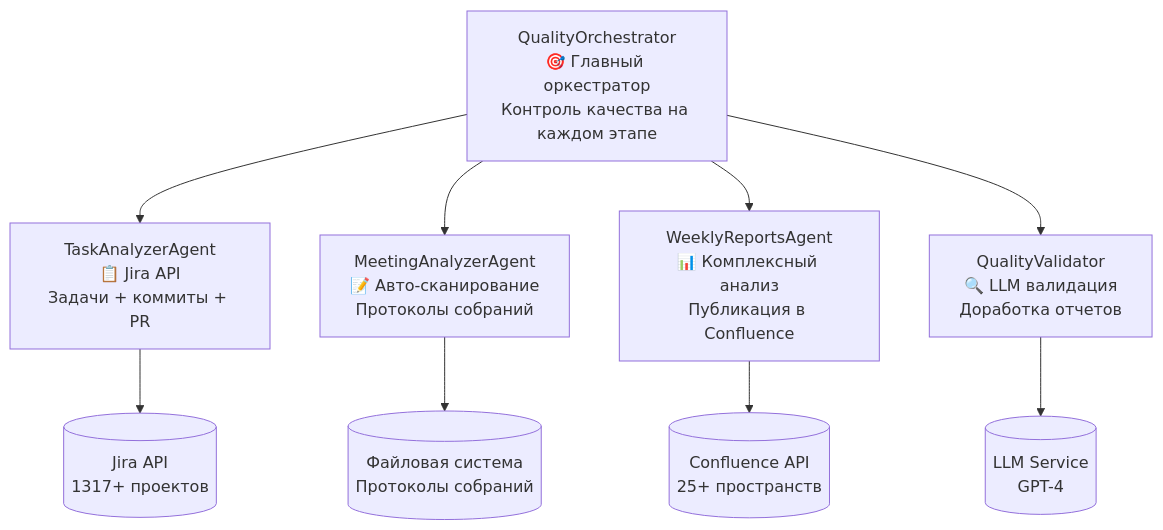
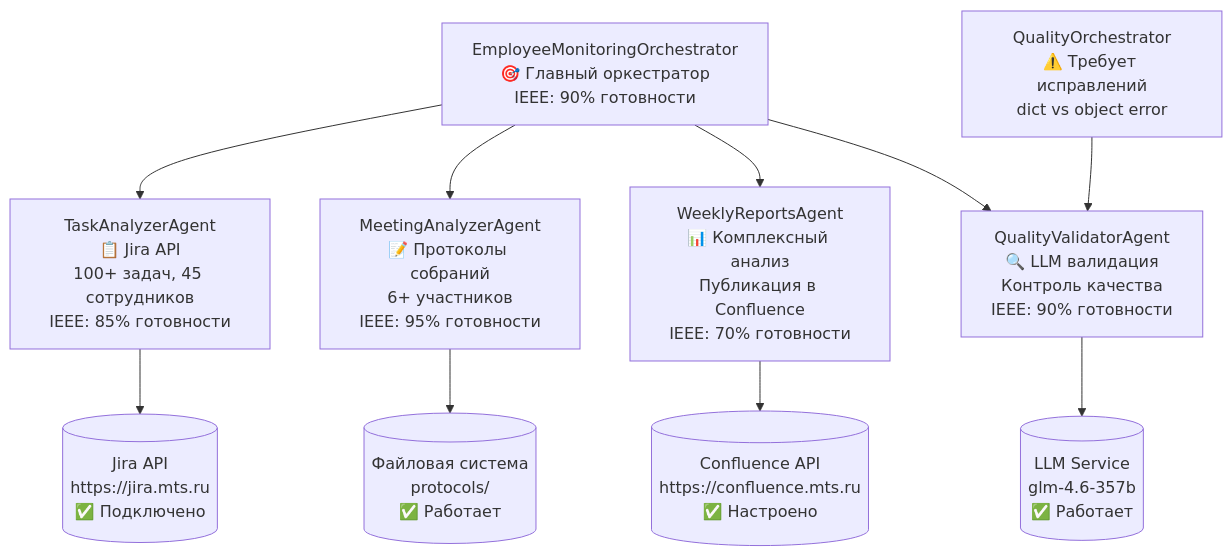
One commit to PavelVM209/MTS_MultAgent changed the diagram in README.md. Above: the diagram before and after it, drawn with Mermaid. The commit also changed other lines of this file and 114 other files, not shown here.

Commit message:
jira_&_conflu_api_answer

````diff
--- a/README.md
+++ b/README.md
@@ -37,12 +40,14 @@
 ```mermaid
 graph TB
-    QO[QualityOrchestrator<br/>🎯 Главный оркестратор<br/>Контроль качества на каждом этапе] --> TA[TaskAnalyzerAgent<br/>📋 Jira API<br/>Задачи + коммиты + PR]
-    QO --> MA[MeetingAnalyzerAgent<br/>📝 Авто-сканирование<br/>Протоколы собраний]
-    QO --> WR[WeeklyReportsAgent<br/>📊 Комплексный анализ<br/>Публикация в Confluence]
-    QO --> QV[QualityValidator<br/>🔍 LLM валидация<br/>Доработка отчетов]
+    EO[EmployeeMonitoringOrchestrator<br/>🎯 Главный оркестратор<br/>IEEE: 90% готовности] --> TA[TaskAnalyzerAgent<br/>📋 Jira API<br/>100+ задач, 45 сотрудников<br/>IEEE: 85% готовности]
+    EO --> MA[MeetingAnalyzerAgent<br/>📝 Протоколы собраний<br/>6+ участников<br/>IEEE: 95% готовности]
+    EO --> WR[WeeklyReportsAgent<br/>📊 Комплексный анализ<br/>Публикация в Confluence<br/>IEEE: 70% готовности]
+    EO --> QV[QualityValidatorAgent<br/>🔍 LLM валидация<br/>Контроль качества<br/>IEEE: 90% готовности]
     
-    TA --> J[(Jira API<br/>1317+ проектов)]
-    MA --> FS[(Файловая система<br/>Протоколы собраний)]
-    WR --> C[(Confluence API<br/>25+ пространств)]
-    QV --> LLM[(LLM Service<br/>GPT-4)]
+    QO[QualityOrchestrator<br/>⚠️ Требует исправлений<br/>dict vs object error] --> QV
+    
+    TA --> J[(Jira API<br/>https://jira.mts.ru<br/>✅ Подключено)]
+    MA --> FS[(Файловая система<br/>protocols/<br/>✅ Работает)]
+    WR --> C[(Confluence API<br/>https://confluence.mts.ru<br/>✅ Настроено)]
+    QV --> LLM[(LLM Service<br/>glm-4.6-357b<br/>✅ Работает)]
 ```
````
